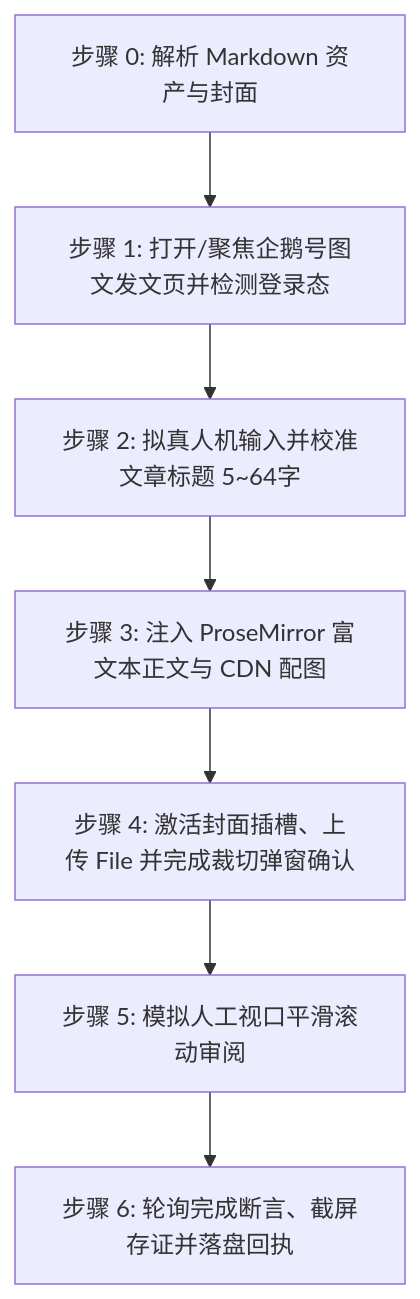
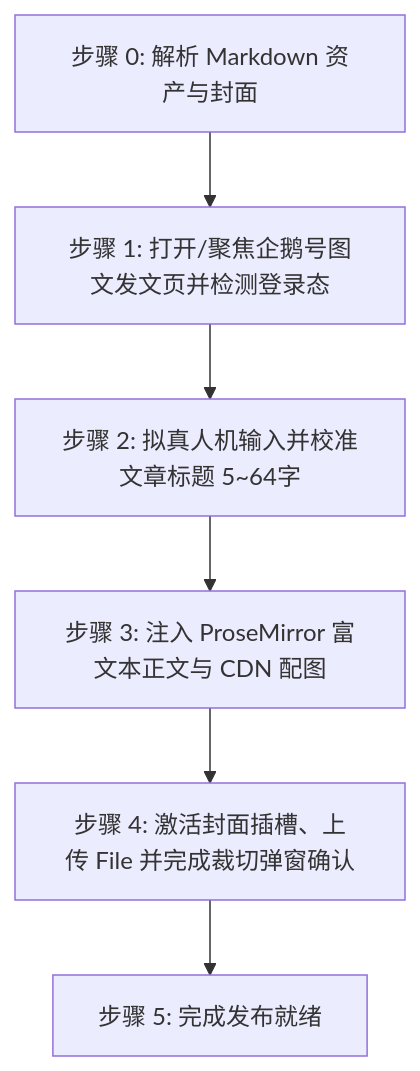
One commit to undsky/doudou-publish-skills changed the diagram in skills/doudou-qiehao/SKILL.md. Above: the diagram before and after it, drawn with Mermaid. The commit also changed other lines of this file and 57 other files, not shown here.

````diff
--- a/skills/doudou-qiehao/SKILL.md
+++ b/skills/doudou-qiehao/SKILL.md
@@ -131,9 +12,8 @@
 ```mermaid
 flowchart TD
     S0[步骤 0: 解析 Markdown 资产与封面] --> S1[步骤 1: 打开/聚焦企鹅号图文发文页并检测登录态]
     S1 --> S2[步骤 2: 拟真人机输入并校准文章标题 5~64字]
     S2 --> S3[步骤 3: 注入 ProseMirror 富文本正文与 CDN 配图]
     S3 --> S4[步骤 4: 激活封面插槽、上传 File 并完成裁切弹窗确认]
-    S4 --> S5[步骤 5: 模拟人工视口平滑滚动审阅]
-    S5 --> S6[步骤 6: 轮询完成断言、截屏存证并落盘回执]
+    S4 --> S5[步骤 5: 完成发布就绪]
 ```
````
